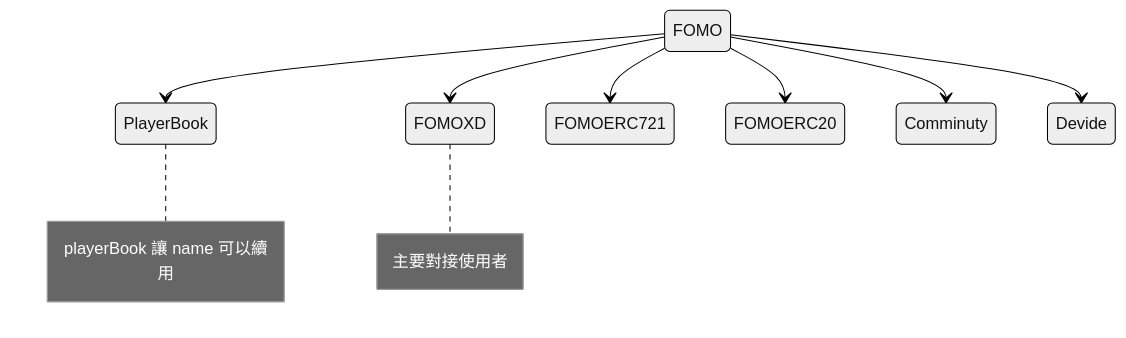
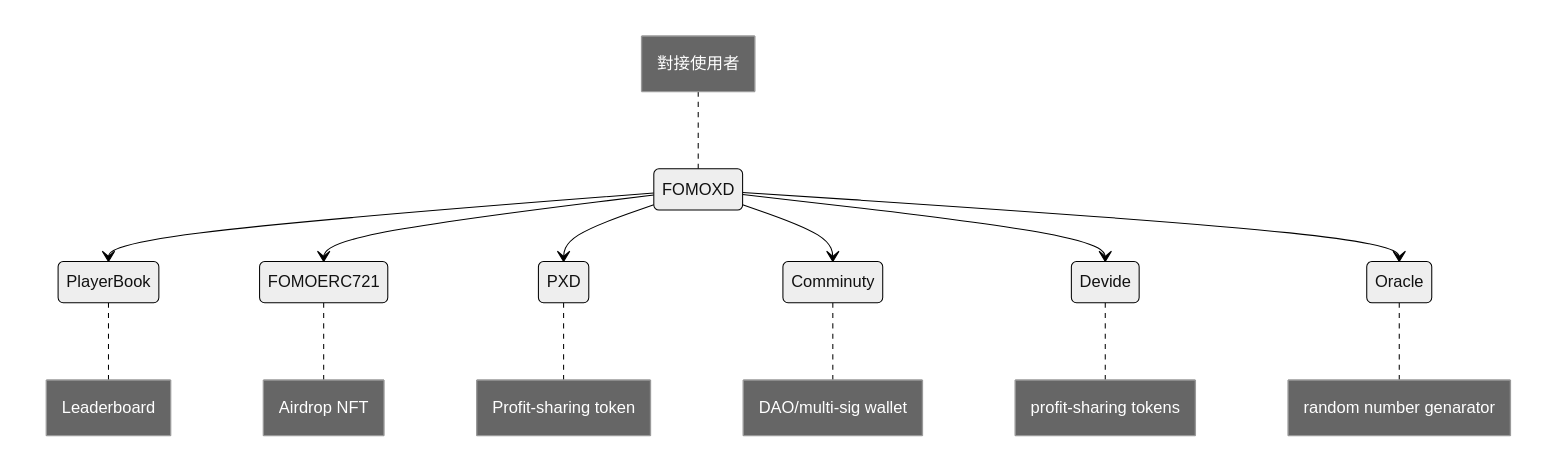
Before and after one commit to kryan19k/FoMoXD: the third of 3 diagrams in README.md, drawn with Mermaid (neutral theme). The commit also changed other lines of this file, not shown here.

````diff
--- a/README.md
+++ b/README.md
@@ -52,16 +57,30 @@
 ```mermaid
     stateDiagram-v2
-      FOMO --> PlayerBook
+      FOMOXD --> PlayerBook
+      note left of FOMOXD
+          對接使用者
+        end note
         note right of PlayerBook
-            playerBook 讓 name 可以續用
+          Leaderboard
         end note
-      FOMO --> FOMOXD
-      note right of FOMOXD
-            主要對接使用者
+      FOMOXD --> FOMOERC721
+        note right of FOMOERC721
+          Airdrop NFT
         end note
-      FOMO --> FOMOERC721
-      FOMO --> FOMOERC20
-      FOMO --> Comminuty
-      FOMO --> Devide
-
+      FOMOXD --> PXD
+        note right of PXD
+          Profit-sharing token
+        end note
+      FOMOXD --> Comminuty
+        note right of Comminuty
+          DAO/multi-sig wallet
+        end note
+      FOMOXD --> Devide
+        note right of Devide
+          profit-sharing tokens
+        end note
+      FOMOXD --> Oracle
+        note right of Oracle
+          random number genarator
+        end note
 ```
````
